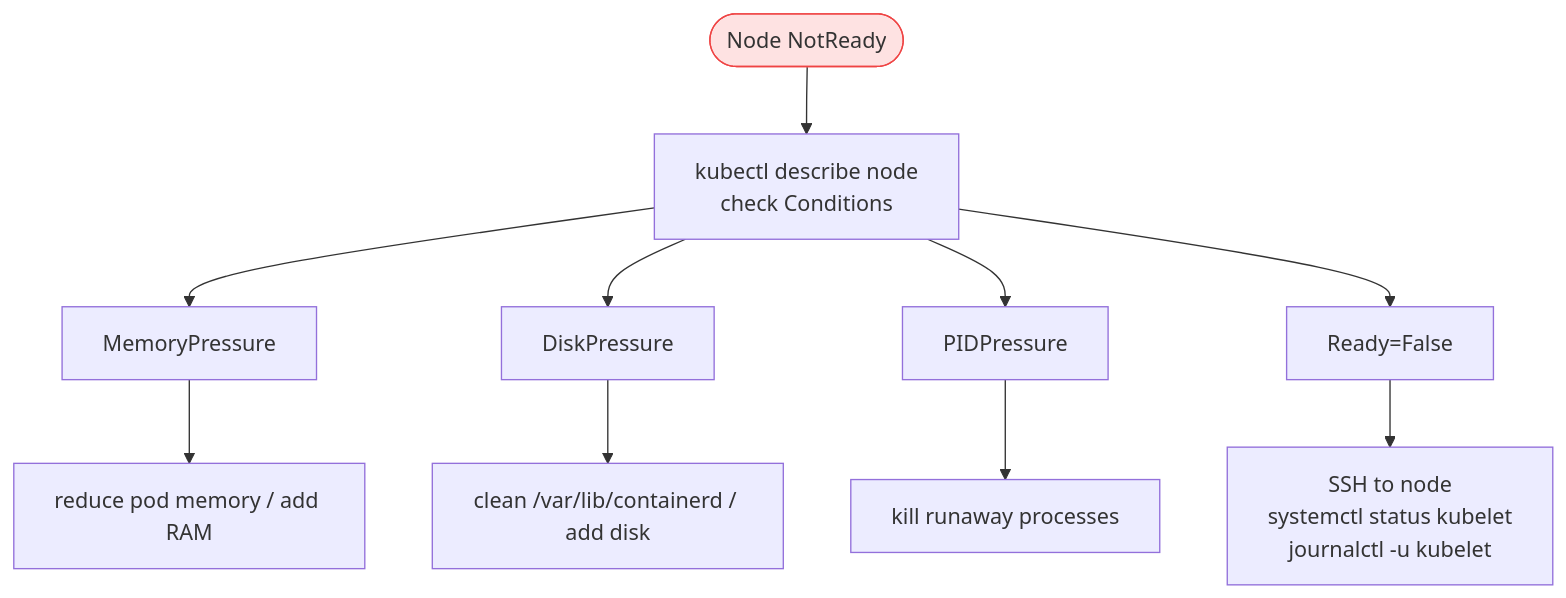
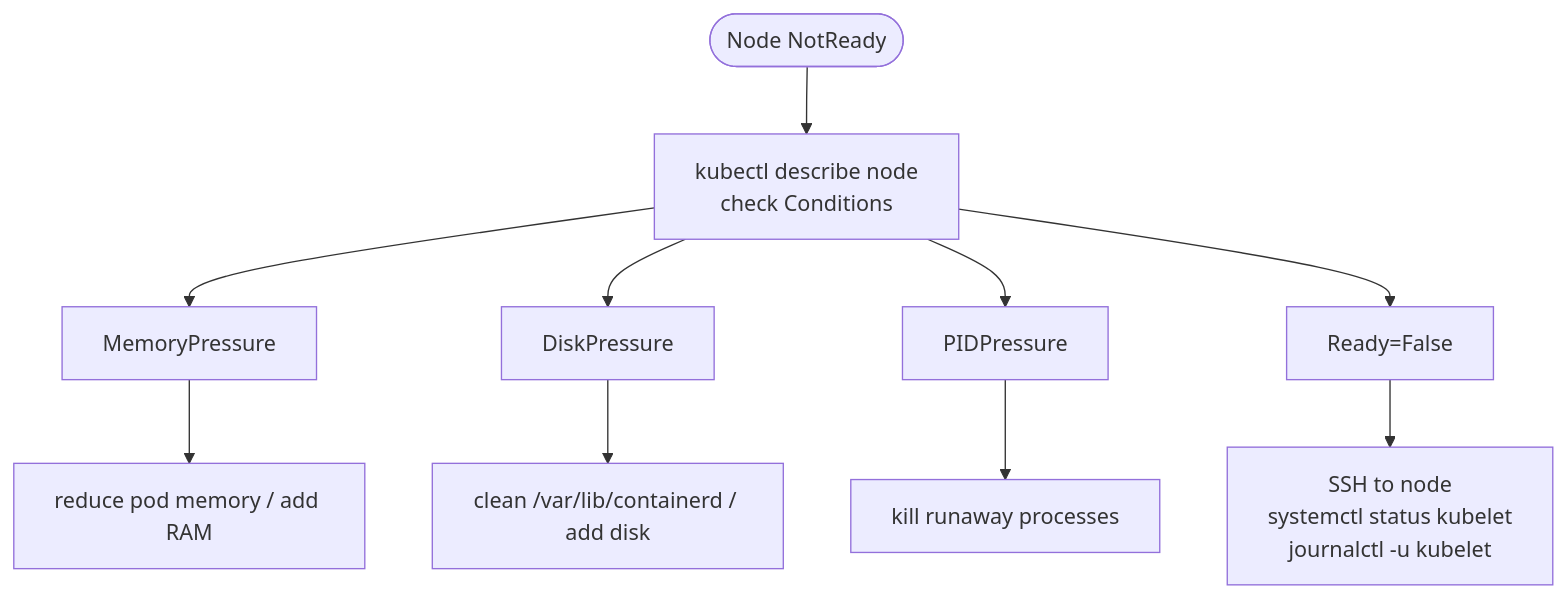
The diagram in content/cka/15-troubleshooting-debug-pods-nodes-control-plane/152-troubleshooting-nodes/152-troubleshooting-nodes.md (Gautam4424/k8slearn-content), drawn with Mermaid before and after one commit. The commit also changed 40 other files, not shown here.

Commit message:
chore: fix mermaid style regex

````diff
--- a/content/cka/15-troubleshooting-debug-pods-nodes-control-plane/152-troubleshooting-nodes/152-troubleshooting-nodes.md
+++ b/content/cka/15-troubleshooting-debug-pods-nodes-control-plane/152-troubleshooting-nodes/152-troubleshooting-nodes.md
@@ -19,11 +19,10 @@
 ```mermaid
 flowchart TD
     START(["Node NotReady"])
     DESC["kubectl describe node\ncheck Conditions"]
     MEM["MemoryPressure"] --> F1["reduce pod memory / add RAM"]
     DISK["DiskPressure"] --> F2["clean /var/lib/containerd / add disk"]
     PID["PIDPressure"] --> F3["kill runaway processes"]
     NOTREADY["Ready=False"] --> F4["SSH to node\nsystemctl status kubelet\njournalctl -u kubelet"]
     START --> DESC --> MEM & DISK & PID & NOTREADY
-    style START fill:#fee2e2,stroke:#ef4444
 ```
````
